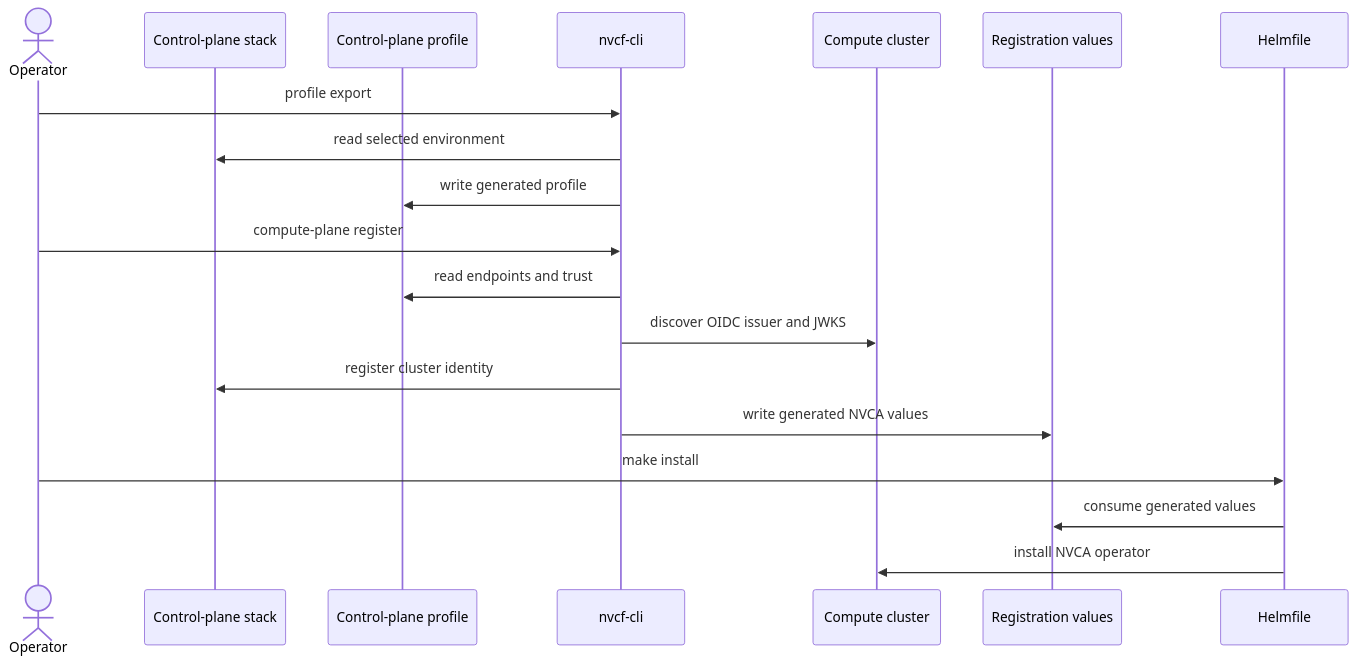
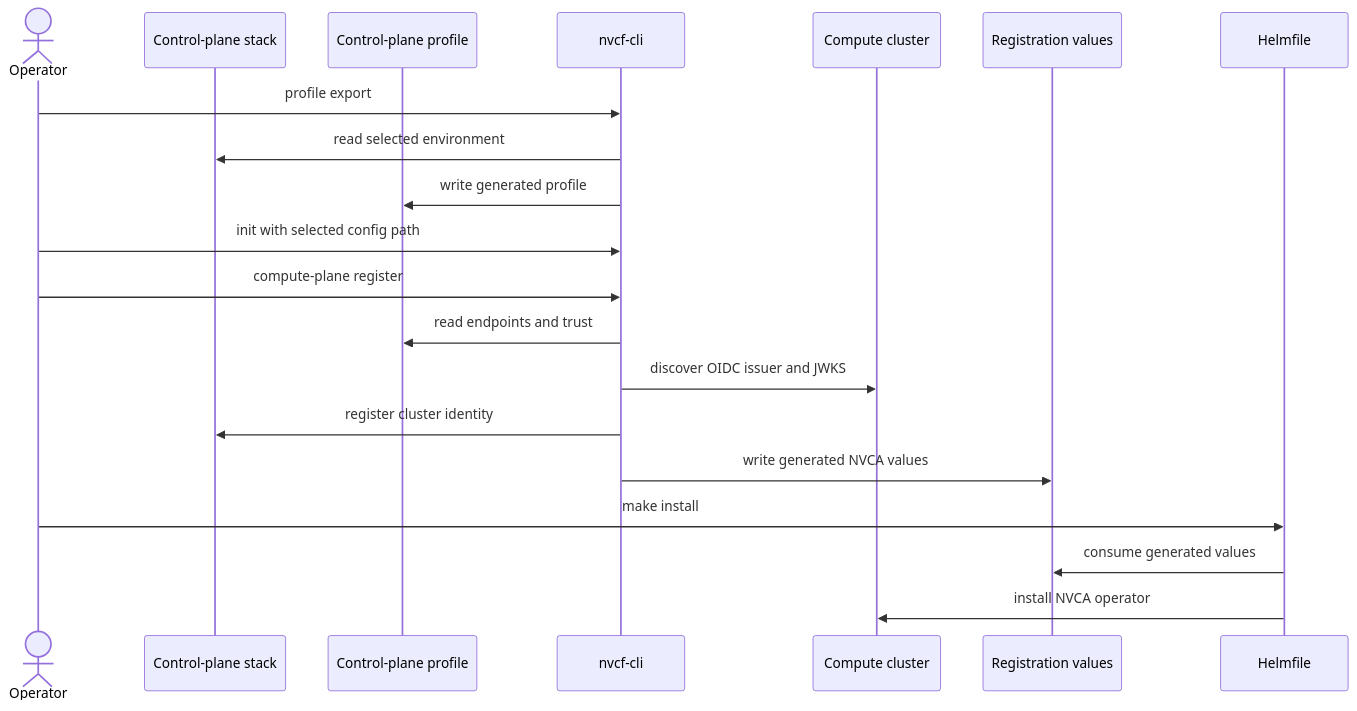
The diagram in docs/user/cluster-management/self-managed.md (NVIDIA/nvcf), drawn with Mermaid before and after one commit. The commit also changed other lines of this file and 2 other files, not shown here.

````diff
--- a/docs/user/cluster-management/self-managed.md
+++ b/docs/user/cluster-management/self-managed.md
@@ -90,21 +90,22 @@
 ```mermaid
 sequenceDiagram
   actor Operator
   participant CP as Control-plane stack
   participant Profile as Control-plane profile
   participant CLI as nvcf-cli
   participant Compute as Compute cluster
   participant Values as Registration values
   participant Helmfile
   Operator->>CLI: profile export
   CLI->>CP: read selected environment
   CLI->>Profile: write generated profile
+  Operator->>CLI: init with selected config path
   Operator->>CLI: compute-plane register
   CLI->>Profile: read endpoints and trust
   CLI->>Compute: discover OIDC issuer and JWKS
   CLI->>CP: register cluster identity
   CLI->>Values: write generated NVCA values
   Operator->>Helmfile: make install
   Helmfile->>Values: consume generated values
   Helmfile->>Compute: install NVCA operator
 ```
````
